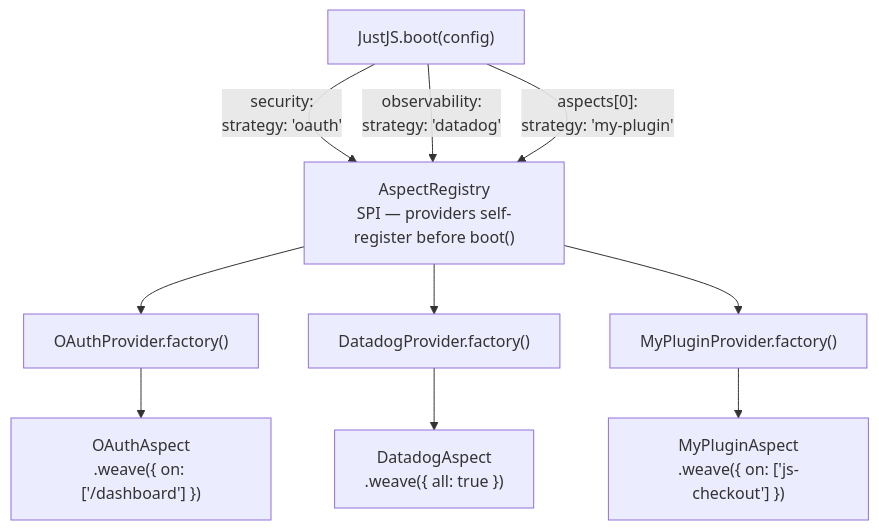
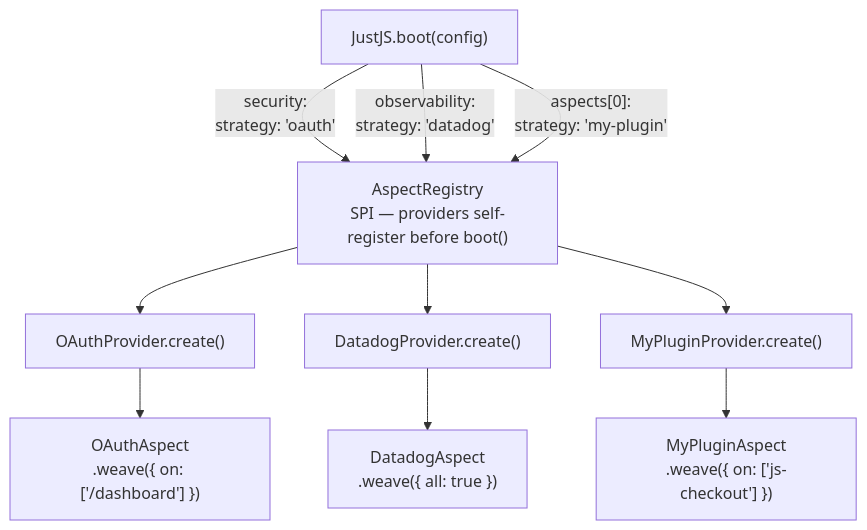
Before and after one commit to sweengineeringlabs/justjs: the sixth of 6 diagrams in docs/3-design/architecture.md, drawn with Mermaid. The commit also changed other lines of this file and 1 other file, not shown here.

Commit message:
docs: align ADR and architecture with OSI + AOP + platform workspace model

````diff
--- a/docs/3-design/architecture.md
+++ b/docs/3-design/architecture.md
@@ -179,17 +213,17 @@
 ```mermaid
 flowchart TD
   Boot["JustJS.boot(config)"]
   AR["AspectRegistry\nSPI — providers self-register before boot()"]
 
   Boot -->|"security:\nstrategy: 'oauth'"| AR
   Boot -->|"observability:\nstrategy: 'datadog'"| AR
   Boot -->|"aspects[0]:\nstrategy: 'my-plugin'"| AR
 
-  AR --> P1["OAuthProvider.factory()"]
-  AR --> P2["DatadogProvider.factory()"]
-  AR --> P3["MyPluginProvider.factory()"]
+  AR --> P1["OAuthProvider.create()"]
+  AR --> P2["DatadogProvider.create()"]
+  AR --> P3["MyPluginProvider.create()"]
 
   P1 --> A1["OAuthAspect\n.weave({ on: ['/dashboard'] })"]
   P2 --> A2["DatadogAspect\n.weave({ all: true })"]
   P3 --> A3["MyPluginAspect\n.weave({ on: ['js-checkout'] })"]
 ```
````
